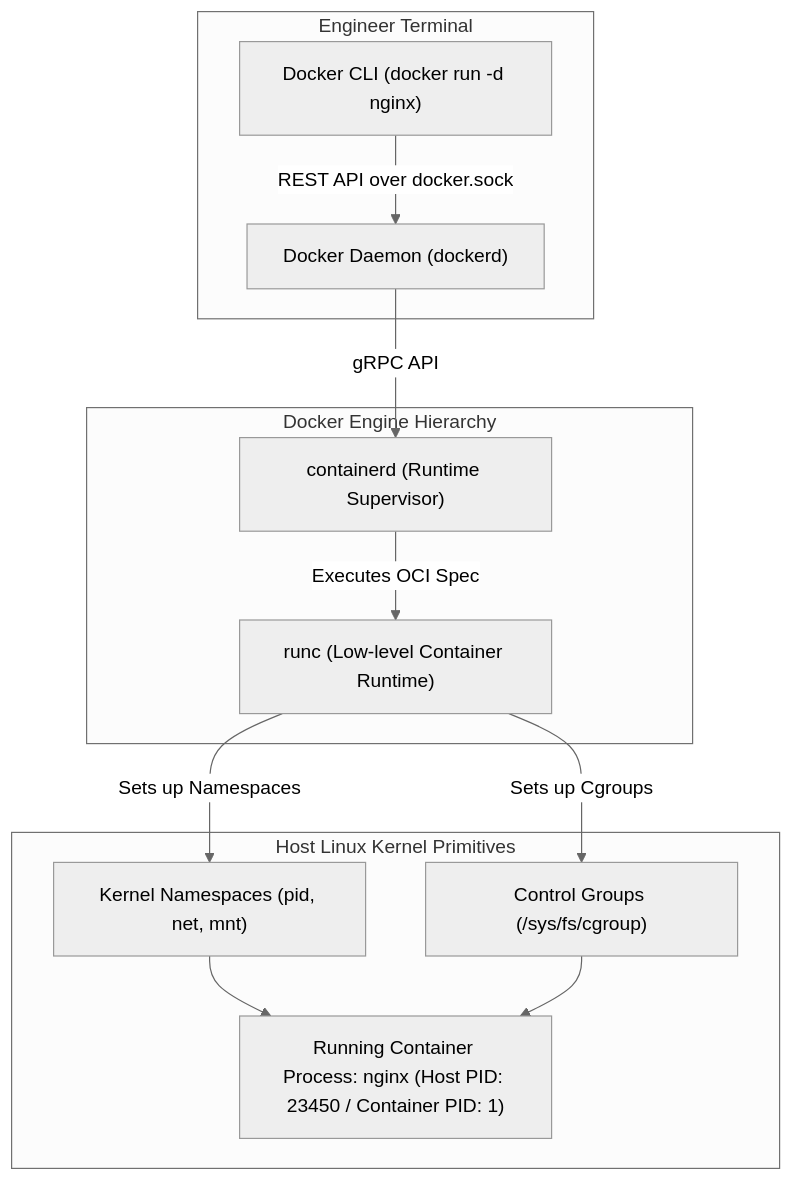
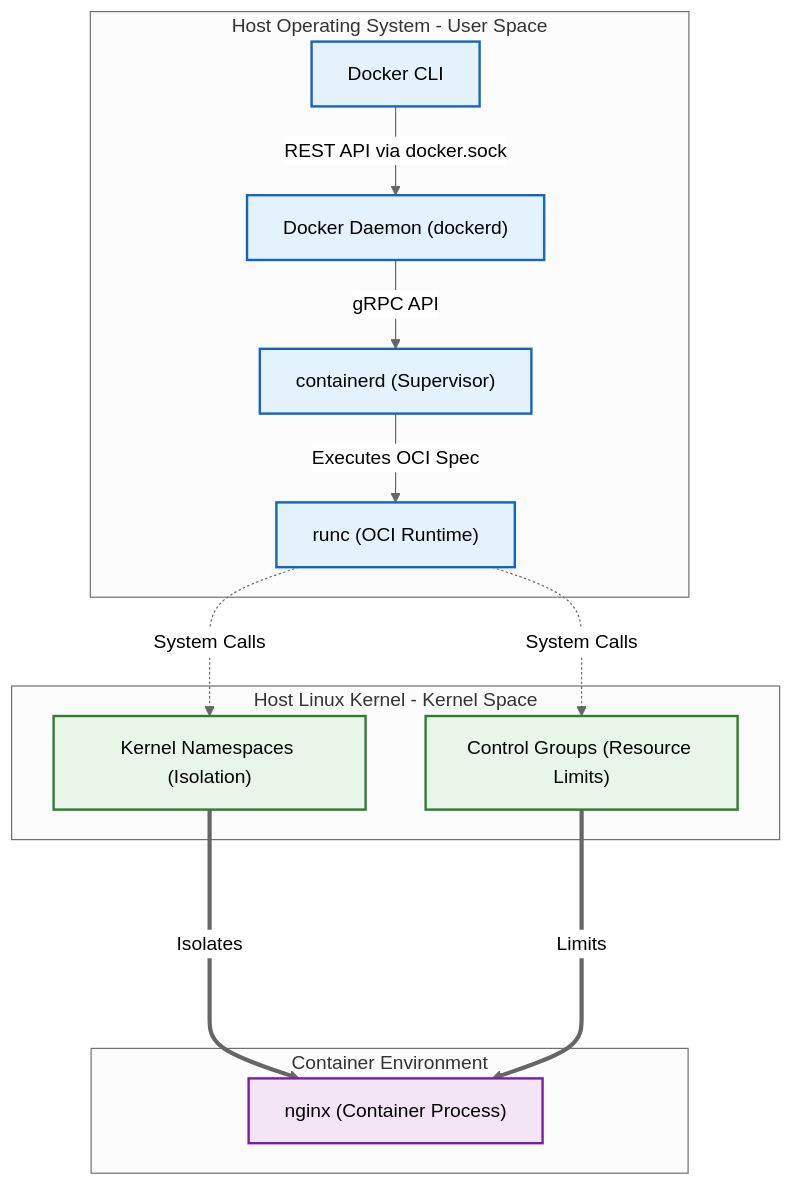
The diagram in courses/platform-engineering/modules/module-06/lesson-01.md (aloysiuspattath/platform-engineering-ai-course), drawn with Mermaid (neutral theme) before and after one commit. The commit also changed 114 other files, not shown here.

Commit message:
refactor: massive swarm diagram review enforcing architectural layers and strict color palette

````diff
--- a/courses/platform-engineering/modules/module-06/lesson-01.md
+++ b/courses/platform-engineering/modules/module-06/lesson-01.md
@@ -113,18 +113,35 @@
 ```mermaid
 flowchart TD
-    subgraph UserTerminal [Engineer Terminal]
-        CLI["Docker CLI (docker run -d nginx)"] -->|REST API over docker.sock| DOCKERD["Docker Daemon (dockerd)"]
+    classDef userSpace fill:#e3f2fd,stroke:#1565c0,stroke-width:2px;
+    classDef kernelSpace fill:#e8f5e9,stroke:#2e7d32,stroke-width:2px;
+    classDef container fill:#f3e5f5,stroke:#7b1fa2,stroke-width:2px;
+
+    subgraph HostUserSpace [Host Operating System - User Space]
+        CLI["Docker CLI"]
+        DOCKERD["Docker Daemon (dockerd)"]
+        CONTAINERD["containerd (Supervisor)"]
+        RUNC["runc (OCI Runtime)"]
+        
+        CLI -->|REST API via docker.sock| DOCKERD
+        DOCKERD -->|gRPC API| CONTAINERD
+        CONTAINERD -->|Executes OCI Spec| RUNC
     end
 
-    subgraph ContainerEngine [Docker Engine Hierarchy]
-        DOCKERD -->|gRPC API| CONTAINERD["containerd (Runtime Supervisor)"]
-        CONTAINERD -->|Executes OCI Spec| RUNC["runc (Low-level Container Runtime)"]
+    subgraph HostKernelSpace [Host Linux Kernel - Kernel Space]
+        NS["Kernel Namespaces (Isolation)"]
+        CG["Control Groups (Resource Limits)"]
+        
+        RUNC -.->|System Calls| NS
+        RUNC -.->|System Calls| CG
     end
 
-    subgraph HostLinuxKernel [Host Linux Kernel Primitives]
-        RUNC -->|Sets up Namespaces| NS["Kernel Namespaces (pid, net, mnt)"]
-        RUNC -->|Sets up Cgroups| CG["Control Groups (/sys/fs/cgroup)"]
-        NS --> PROC["Running Container Process: nginx (Host PID: 23450 / Container PID: 1)"]
-        CG --> PROC
+    subgraph ContainerSpace [Container Environment]
+        PROC["nginx (Container Process)"]
+        NS ====>|Isolates| PROC
+        CG ====>|Limits| PROC
     end
+
+    class CLI,DOCKERD,CONTAINERD,RUNC userSpace;
+    class NS,CG kernelSpace;
+    class PROC container;
 ```
````
